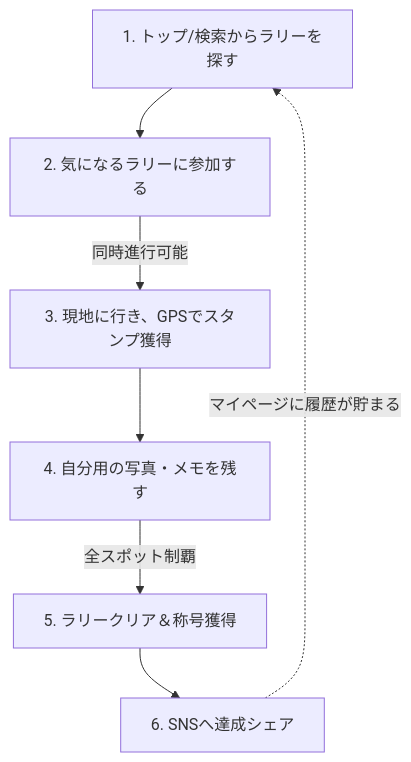
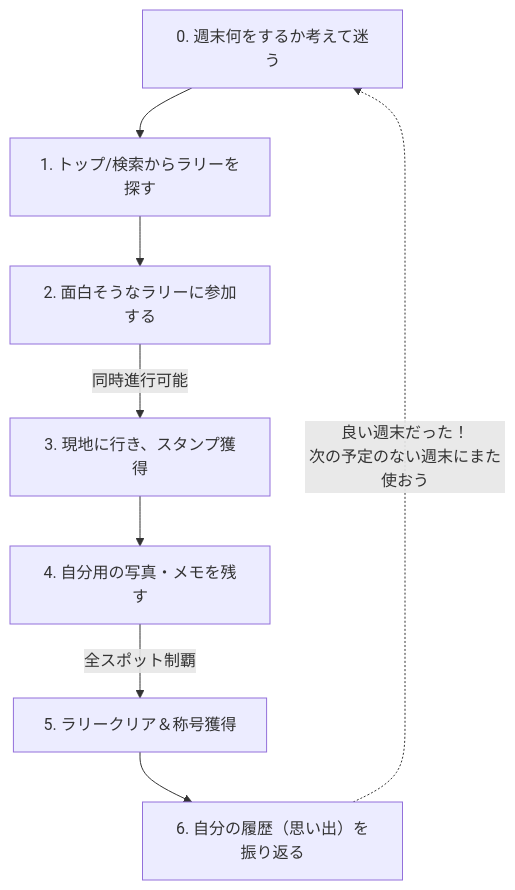
The first of 3 diagrams in docs/concept_prd.md (HamanoShintaro/stump-event), drawn with Mermaid before and after one commit. The commit also changed other lines of this file, not shown here.

````diff
--- a/docs/concept_prd.md
+++ b/docs/concept_prd.md
@@ -9,9 +9,10 @@
 ```mermaid
 flowchart TD
-    A["1. トップ/検索からラリーを探す"] --> B["2. 気になるラリーに参加する"]
-    B -->|同時進行可能| C["3. 現地に行き、GPSでスタンプ獲得"]
-    C --> D["4. 自分用の写真・メモを残す"]
-    D -->|全スポット制覇| E["5. ラリークリア＆称号獲得"]
-    E --> F["6. SNSへ達成シェア"]
-    F -.->|マイページに履歴が貯まる| A
+    A["0. 週末何をするか考えて迷う"] --> B["1. トップ/検索からラリーを探す"]
+    B --> C["2. 面白そうなラリーに参加する"]
+    C -->|同時進行可能| D["3. 現地に行き、スタンプ獲得"]
+    D --> E["4. 自分用の写真・メモを残す"]
+    E -->|全スポット制覇| F["5. ラリークリア＆称号獲得"]
+    F --> G["6. 自分の履歴（思い出）を振り返る"]
+    G -.->|良い週末だった！<br>次の予定のない週末にまた使おう| A
 ```
````
